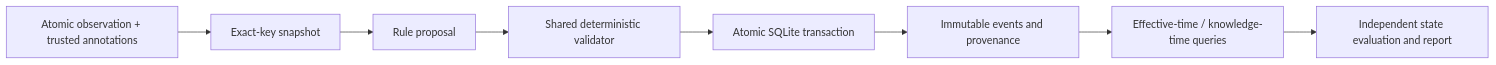
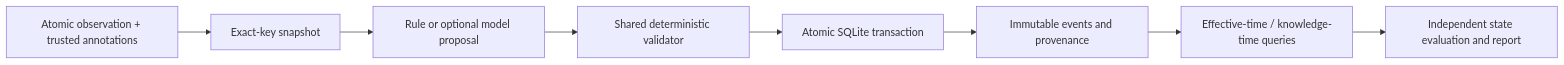
One commit to sraghav12/correction-aware-memory changed the diagram in README.md. Above: the diagram before and after it, drawn with Mermaid. The commit also changed other lines of this file and 16 other files, not shown here.

Commit message:
feat: add optional pinned small model proposer

````diff
--- a/README.md
+++ b/README.md
@@ -46,10 +46,10 @@
 ```mermaid
 flowchart LR
   O[Atomic observation + trusted annotations] --> S[Exact-key snapshot]
-  S --> P[Rule proposal]
+  S --> P[Rule or optional model proposal]
   P --> V[Shared deterministic validator]
   V --> T[Atomic SQLite transaction]
   T --> L[Immutable events and provenance]
   L --> Q[Effective-time / knowledge-time queries]
   Q --> E[Independent state evaluation and report]
 ```
````
